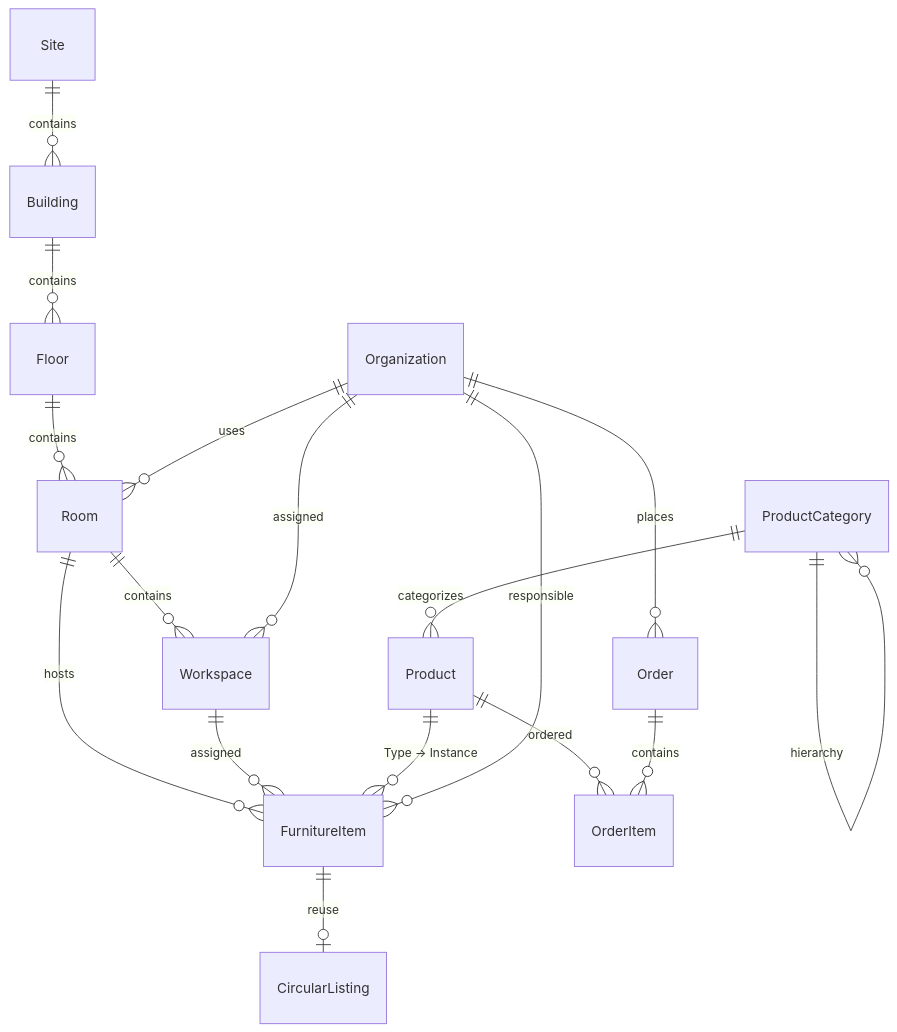
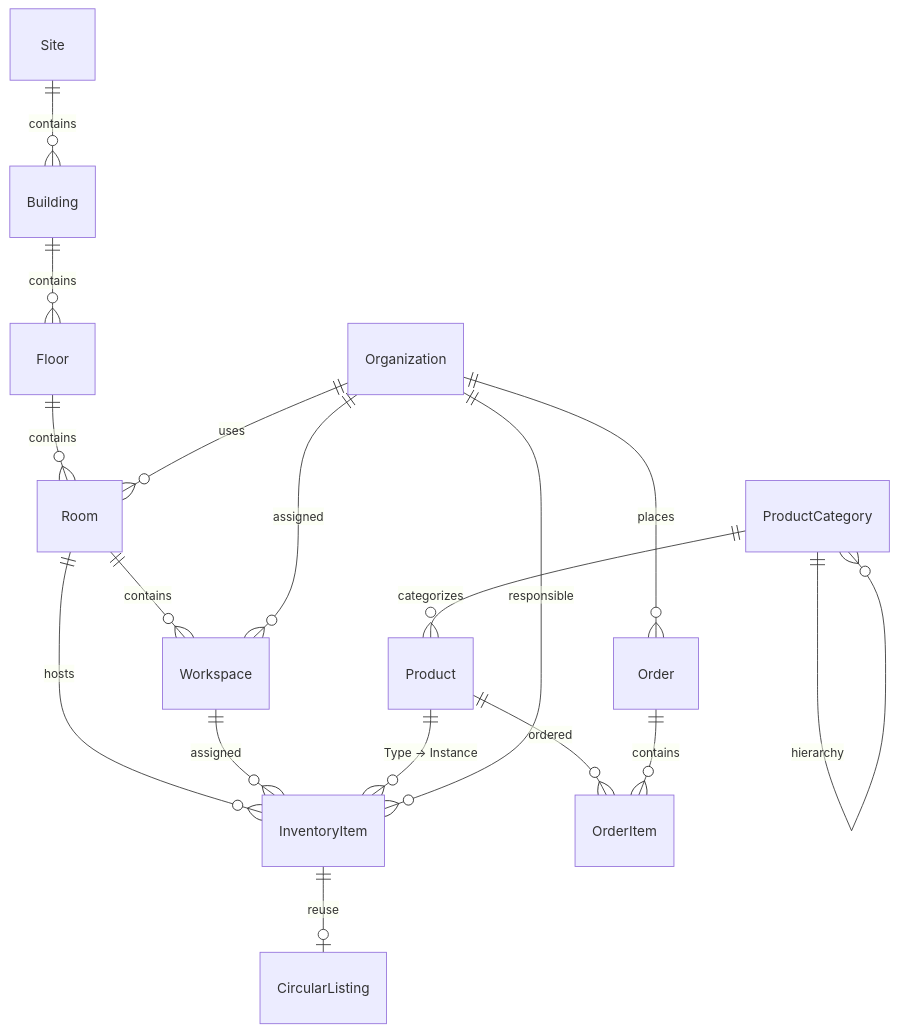
The second of 2 diagrams in docs/DATAMODEL.md (davras5/workspace-management), drawn with Mermaid before and after one commit. The commit also changed other lines of this file and 8 other files, not shown here.

````diff
--- a/docs/DATAMODEL.md
+++ b/docs/DATAMODEL.md
@@ -564,24 +570,24 @@
 ```mermaid
 erDiagram
     Site ||--o{ Building : "contains"
     Building ||--o{ Floor : "contains"
     Floor ||--o{ Room : "contains"
     Room ||--o{ Workspace : "contains"
-    Room ||--o{ FurnitureItem : "hosts"
-    Workspace ||--o{ FurnitureItem : "assigned"
+    Room ||--o{ InventoryItem : "hosts"
+    Workspace ||--o{ InventoryItem : "assigned"
 
     ProductCategory ||--o{ ProductCategory : "hierarchy"
     ProductCategory ||--o{ Product : "categorizes"
 
-    Product ||--o{ FurnitureItem : "Type → Instance"
+    Product ||--o{ InventoryItem : "Type → Instance"
     Product ||--o{ OrderItem : "ordered"
 
-    FurnitureItem ||--o| CircularListing : "reuse"
+    InventoryItem ||--o| CircularListing : "reuse"
 
     Organization ||--o{ Order : "places"
     Organization ||--o{ Room : "uses"
     Organization ||--o{ Workspace : "assigned"
-    Organization ||--o{ FurnitureItem : "responsible"
+    Organization ||--o{ InventoryItem : "responsible"
 
     Order ||--o{ OrderItem : "contains"
 ```
````
